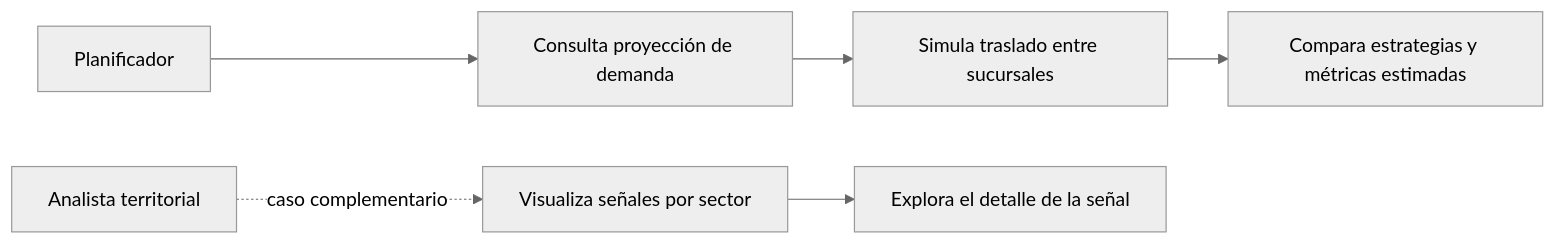
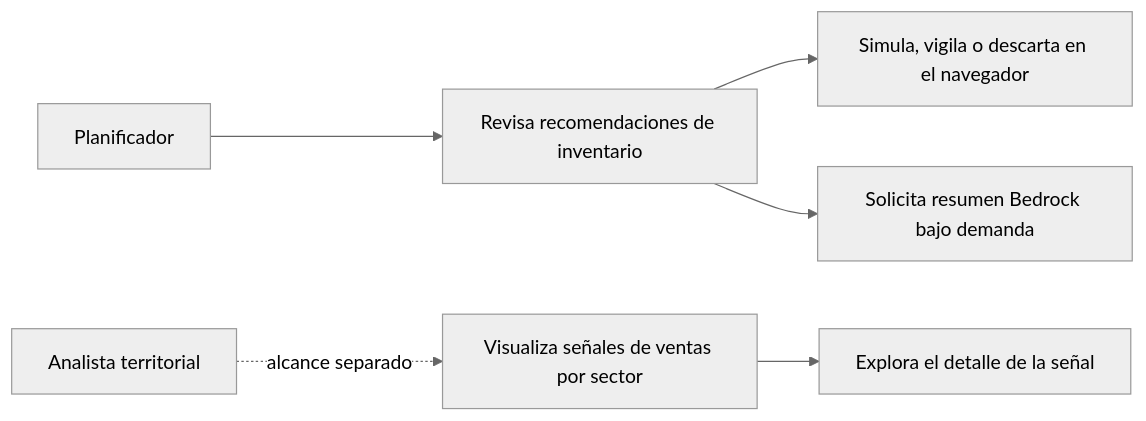
The diagram in docs/CASOS_DE_USO.md (alfonso1031/Hackathon-ConnectatVentures-2026-Los21Pilotos), drawn with Mermaid (neutral theme) before and after one commit. The commit also changed other lines of this file and 19 other files, not shown here.

````diff
--- a/docs/CASOS_DE_USO.md
+++ b/docs/CASOS_DE_USO.md
@@ -26,8 +26,8 @@
 ```mermaid
 flowchart LR
-    A[Planificador] --> B[Consulta proyección de demanda]
-    B --> C[Simula traslado entre sucursales]
-    C --> D[Compara estrategias y métricas estimadas]
-    E[Analista territorial] -. caso complementario .-> F[Visualiza señales por sector]
+    A[Planificador] --> B[Revisa recomendaciones de inventario]
+    B --> C[Simula, vigila o descarta en el navegador]
+    B --> D[Solicita resumen Bedrock bajo demanda]
+    E[Analista territorial] -. alcance separado .-> F[Visualiza señales de ventas por sector]
     F --> G[Explora el detalle de la señal]
 ```
````
